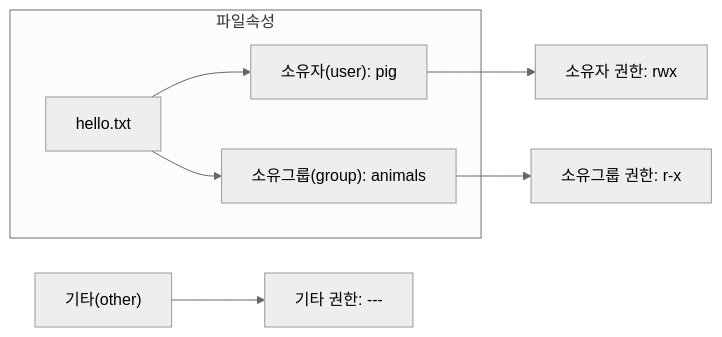
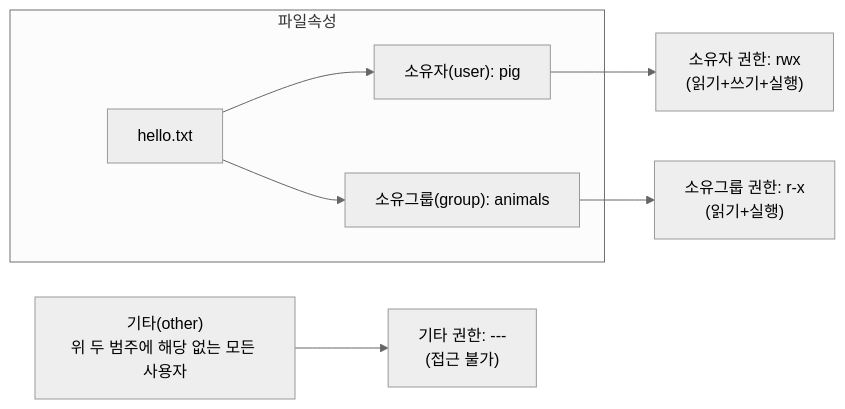
The first of 5 diagrams in _posts/2026-03-06-Linux-3-2.md (sbaek100/sbaek100.github.io), drawn with Mermaid (neutral theme) before and after one commit. The commit also changed other lines of this file and 3 other files, not shown here.

````diff
--- a/_posts/2026-03-06-Linux-3-2.md
+++ b/_posts/2026-03-06-Linux-3-2.md
@@ -27,11 +32,11 @@
 ```mermaid
 flowchart LR
     subgraph 파일속성
         F["hello.txt"]
         F --> U["소유자(user): pig"]
         F --> G["소유그룹(group): animals"]
     end
-    U --> P1["소유자 권한: rwx"]
-    G --> P2["소유그룹 권한: r-x"]
-    O["기타(other)"] --> P3["기타 권한: ---"]
+    U --> P1["소유자 권한: rwx\n(읽기+쓰기+실행)"]
+    G --> P2["소유그룹 권한: r-x\n(읽기+실행)"]
+    O["기타(other)\n위 두 범주에 해당 없는 모든 사용자"] --> P3["기타 권한: ---\n(접근 불가)"]
 ```
````
